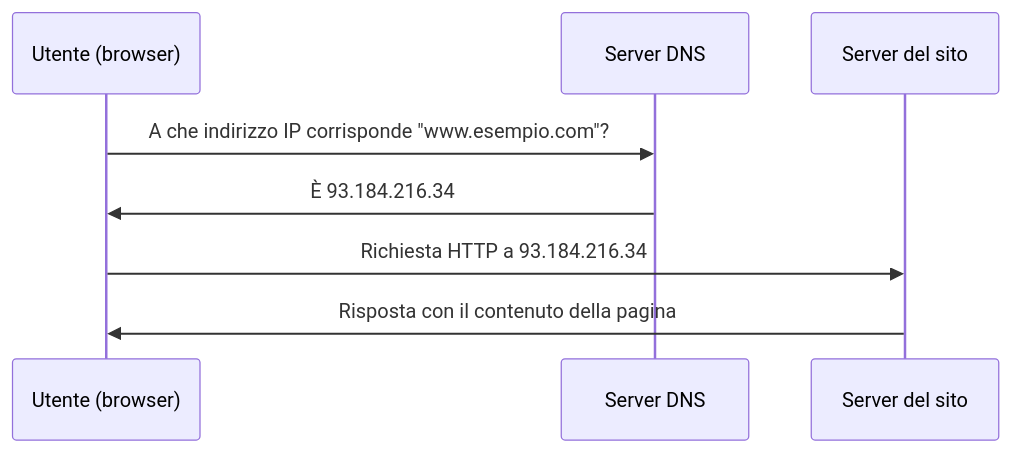
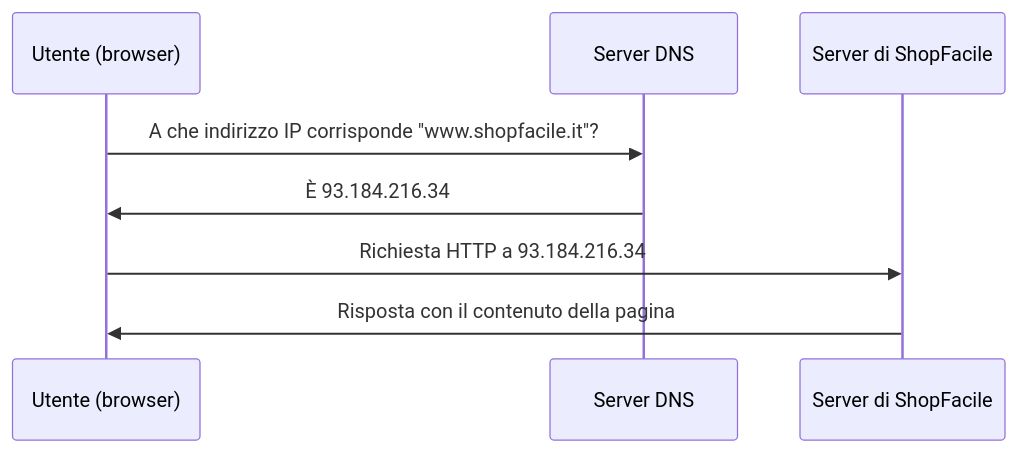
Before and after one commit to darioschioppi/corso-onboarding-devops: the fifth of 11 diagrams in docs/02-fondamenti-informatica/README.md, drawn with Mermaid. The commit also changed other lines of this file and 15 other files, not shown here.

First line of the commit message:
Aggiunge filo narrativo ShopFacile e collegamenti tra i concetti

````diff
--- a/docs/02-fondamenti-informatica/README.md
+++ b/docs/02-fondamenti-informatica/README.md
@@ -511,10 +546,10 @@
 ```mermaid
 sequenceDiagram
     participant U as Utente (browser)
     participant D as Server DNS
-    participant S as Server del sito
-    U->>D: A che indirizzo IP corrisponde "www.esempio.com"?
+    participant S as Server di ShopFacile
+    U->>D: A che indirizzo IP corrisponde "www.shopfacile.it"?
     D->>U: È 93.184.216.34
     U->>S: Richiesta HTTP a 93.184.216.34
     S->>U: Risposta con il contenuto della pagina
 ```
````
